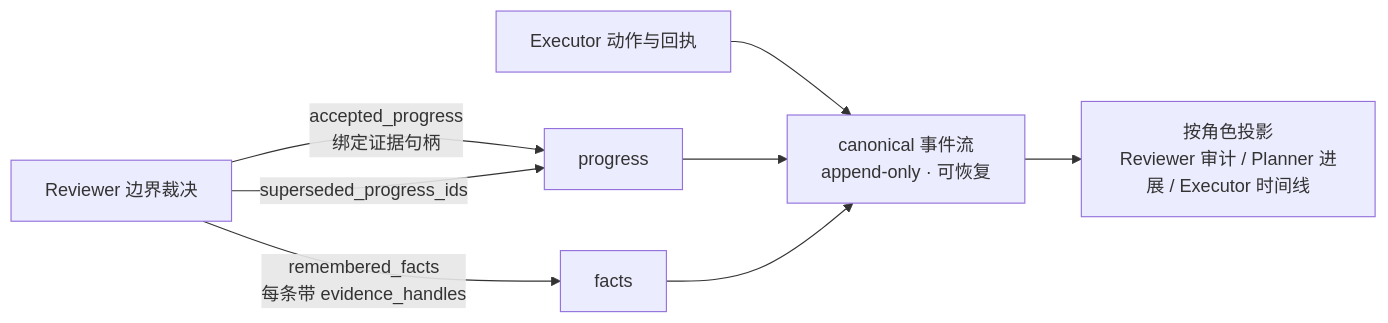
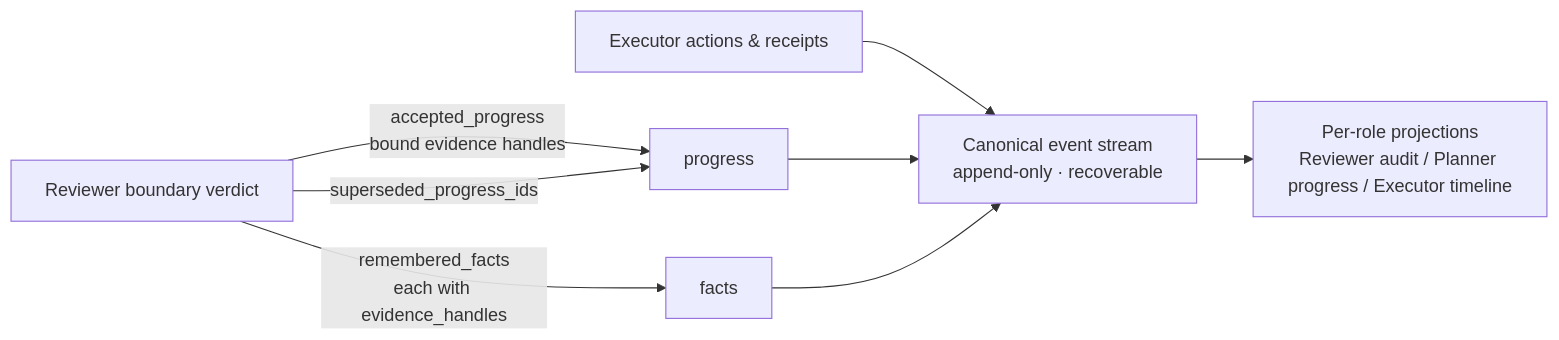
Before and after one commit to LordRosenberg/ClickClick: the fourth of 5 diagrams in README.md, drawn with Mermaid. The commit also changed other lines of this file and 55 other files, not shown here.

````diff
--- a/README.md
+++ b/README.md
@@ -195,9 +191,9 @@
 ```mermaid
 flowchart LR
-  Exe["Executor 动作与回执"] --> Ev["canonical 事件流<br/>append-only · 可恢复"]
-  R["Reviewer 边界裁决"] -->|accepted_progress<br/>绑定证据句柄| P["progress"]
-  R -->|remembered_facts<br/>每条带 evidence_handles| F["facts"]
+  Exe["Executor actions & receipts"] --> Ev["Canonical event stream<br/>append-only · recoverable"]
+  R["Reviewer boundary verdict"] -->|accepted_progress<br/>bound evidence handles| P["progress"]
+  R -->|remembered_facts<br/>each with evidence_handles| F["facts"]
   R -->|superseded_progress_ids| P
   P & F --> Ev
-  Ev --> Proj["按角色投影<br/>Reviewer 审计 / Planner 进展 / Executor 时间线"]
+  Ev --> Proj["Per-role projections<br/>Reviewer audit / Planner progress / Executor timeline"]
 ```
````
